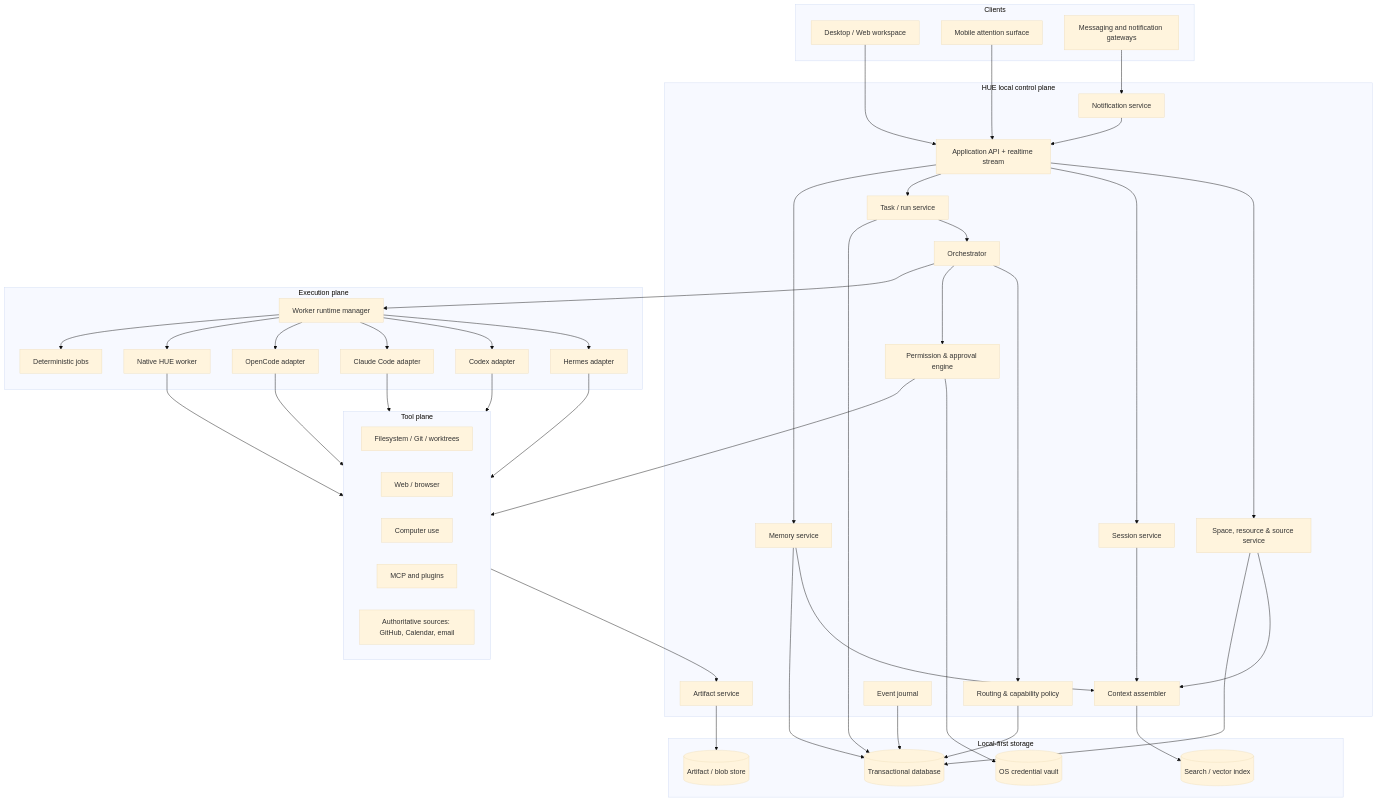
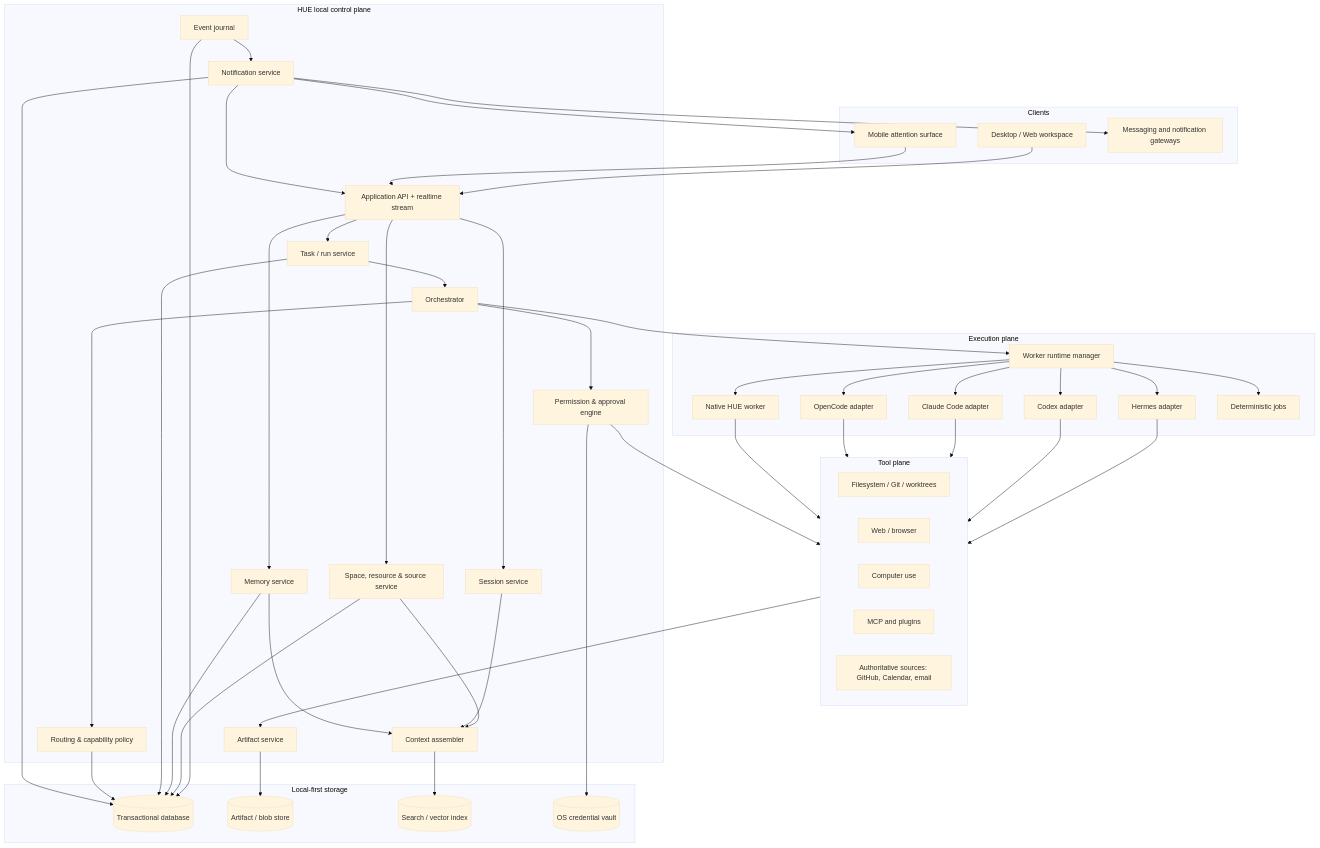
One commit to ctwhome/HUE changed the diagram in docs/05-system-architecture.md. Above: the diagram before and after it, drawn with Mermaid (base theme). The commit also changed other lines of this file and 27 other files, not shown here.

````diff
--- a/docs/05-system-architecture.md
+++ b/docs/05-system-architecture.md
@@ -59,7 +59,6 @@
 
     D --> API
     M --> API
-    G --> NS
     API --> PS
     API --> SS
     API --> TS
@@ -92,5 +91,9 @@
     CS --> IDX
     RP --> SQL
     PP --> SEC
+    EV --> NS
+    NS --> SQL
     NS --> API
+    NS --> M
+    NS --> G
 ```
````
